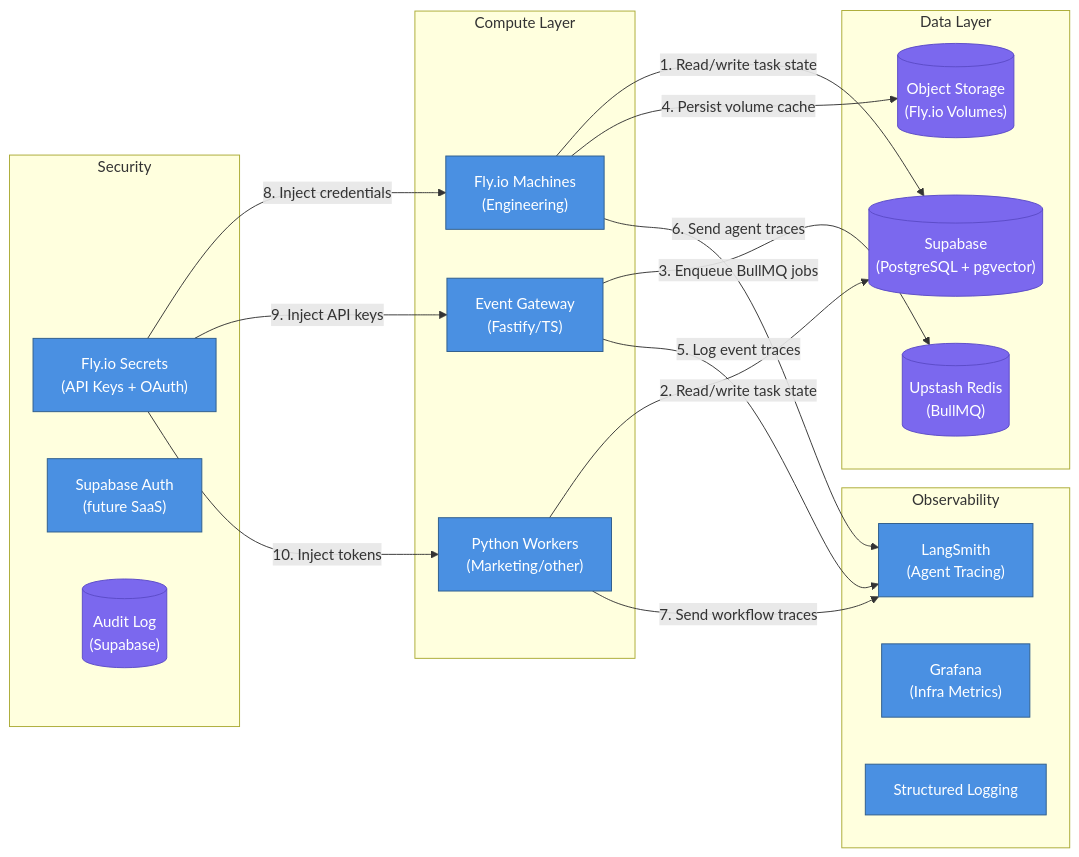
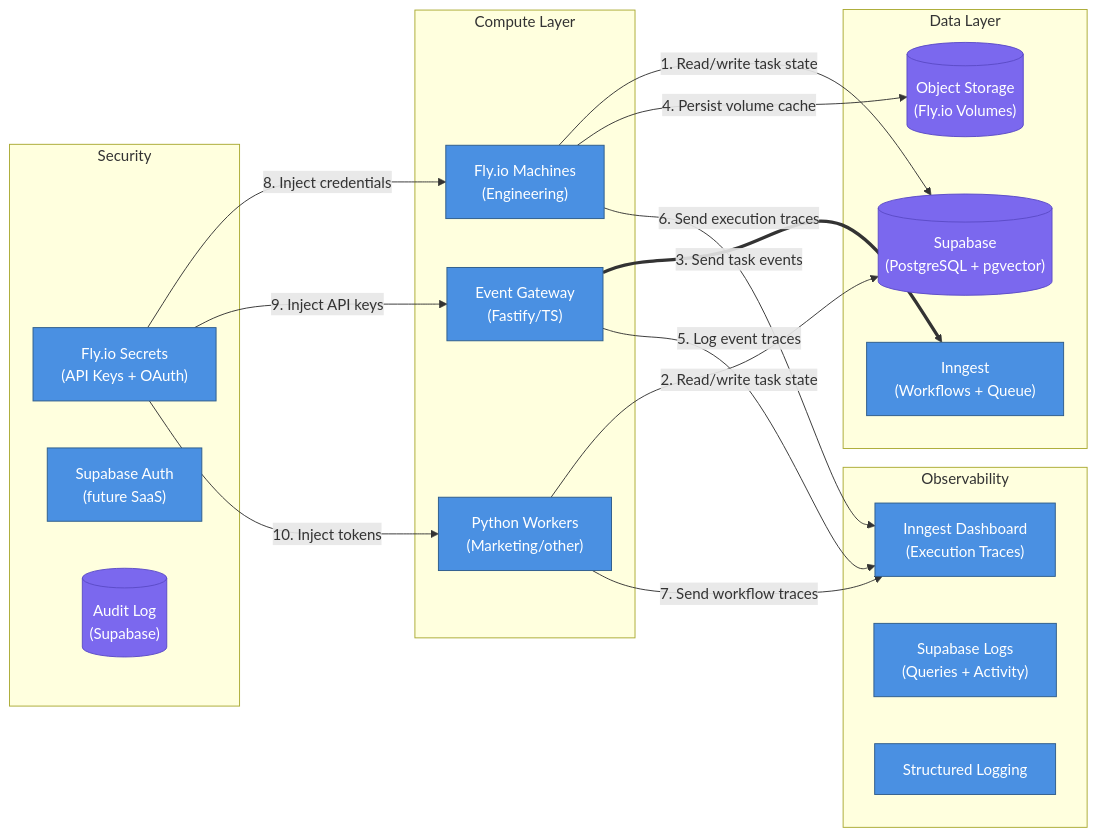
One commit to viiqswim/dozaldevs-ai-employee changed diagram 13 of 15 in docs/2026-03-22-2317-ai-employee-architecture.md. Above: the diagram before and after it, drawn with Mermaid. The commit also changed other lines of this file, not shown here.

Commit message:
docs: simplify stack for speed-to-V1 — replace BullMQ/LangGraph/LangSmith with Inngest, add deferred capabilities section

````diff
--- a/docs/2026-03-22-2317-ai-employee-architecture.md
+++ b/docs/2026-03-22-2317-ai-employee-architecture.md
@@ -1296,40 +1284,40 @@
 ```mermaid
 graph LR
     subgraph Compute Layer
         FLY["Fly.io Machines\n(Engineering)"]:::service
         PYWORKER["Python Workers\n(Marketing/other)"]:::service
         GATEWAY["Event Gateway\n(Fastify/TS)"]:::service
     end
 
     subgraph Data Layer
         SUPABASE[("Supabase\n(PostgreSQL + pgvector)")]:::storage
-        UPSTASH[("Upstash Redis\n(BullMQ)")]:::storage
+        INNGEST["Inngest\n(Workflows + Queue)"]:::service
         S3[("Object Storage\n(Fly.io Volumes)")]:::storage
     end
 
     subgraph Observability
-        LANGSMITH["LangSmith\n(Agent Tracing)"]:::service
-        GRAFANA["Grafana\n(Infra Metrics)"]:::service
+        INNGEST_DASH["Inngest Dashboard\n(Execution Traces)"]:::service
+        SUPABASE_LOGS["Supabase Logs\n(Queries + Activity)"]:::service
         LOGS["Structured Logging"]:::service
     end
 
     subgraph Security
         FLYSECRTS["Fly.io Secrets\n(API Keys + OAuth)"]:::service
         SUPAUTH["Supabase Auth\n(future SaaS)"]:::service
         AUDIT[("Audit Log\n(Supabase)")]:::storage
     end
 
     FLY -->|"1. Read/write task state"| SUPABASE
     PYWORKER -->|"2. Read/write task state"| SUPABASE
-    GATEWAY -->|"3. Enqueue BullMQ jobs"| UPSTASH
+    GATEWAY ==>|"3. Send task events"| INNGEST
     FLY -->|"4. Persist volume cache"| S3
-    GATEWAY -->|"5. Log event traces"| LANGSMITH
-    FLY -->|"6. Send agent traces"| LANGSMITH
-    PYWORKER -->|"7. Send workflow traces"| LANGSMITH
+    GATEWAY -->|"5. Log event traces"| INNGEST_DASH
+    FLY -->|"6. Send execution traces"| INNGEST_DASH
+    PYWORKER -->|"7. Send workflow traces"| INNGEST_DASH
     FLYSECRTS -->|"8. Inject credentials"| FLY
     FLYSECRTS -->|"9. Inject API keys"| GATEWAY
     FLYSECRTS -->|"10. Inject tokens"| PYWORKER
 
     classDef service fill:#4A90E2,stroke:#2E5C8A,color:#fff
     classDef storage fill:#7B68EE,stroke:#5B4BC7,color:#fff
 ```
````
